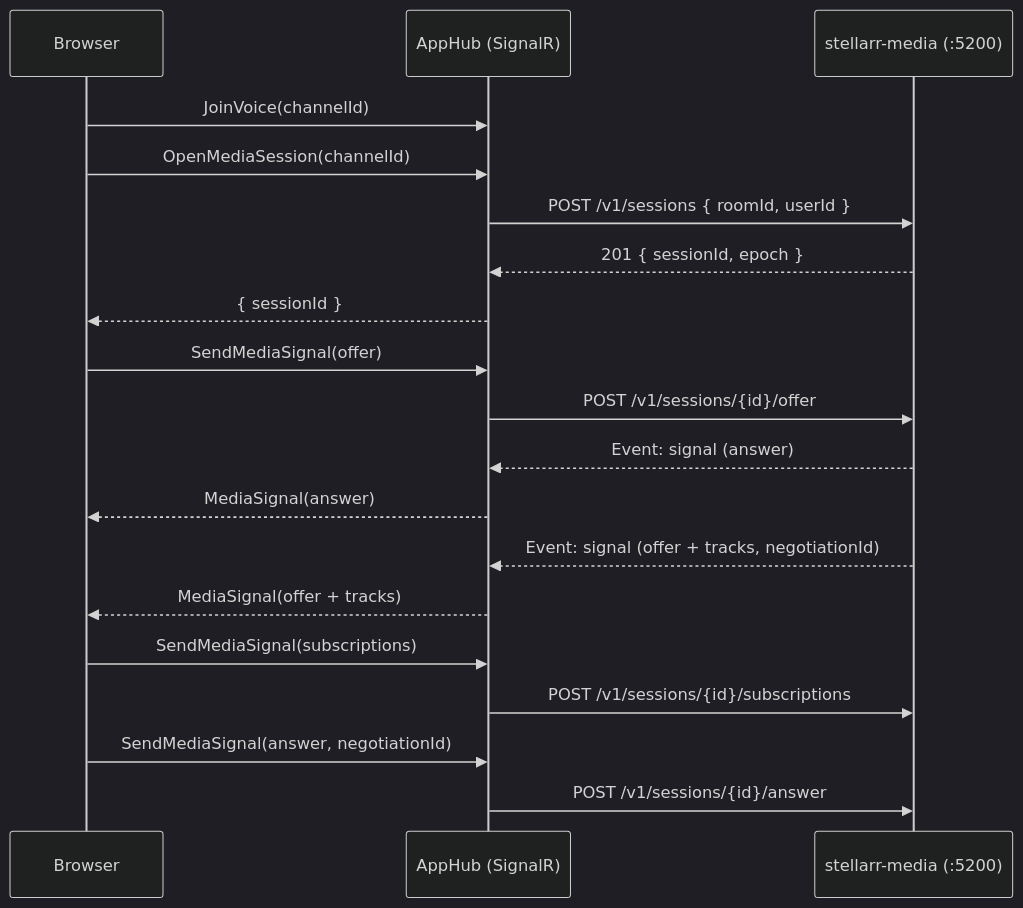
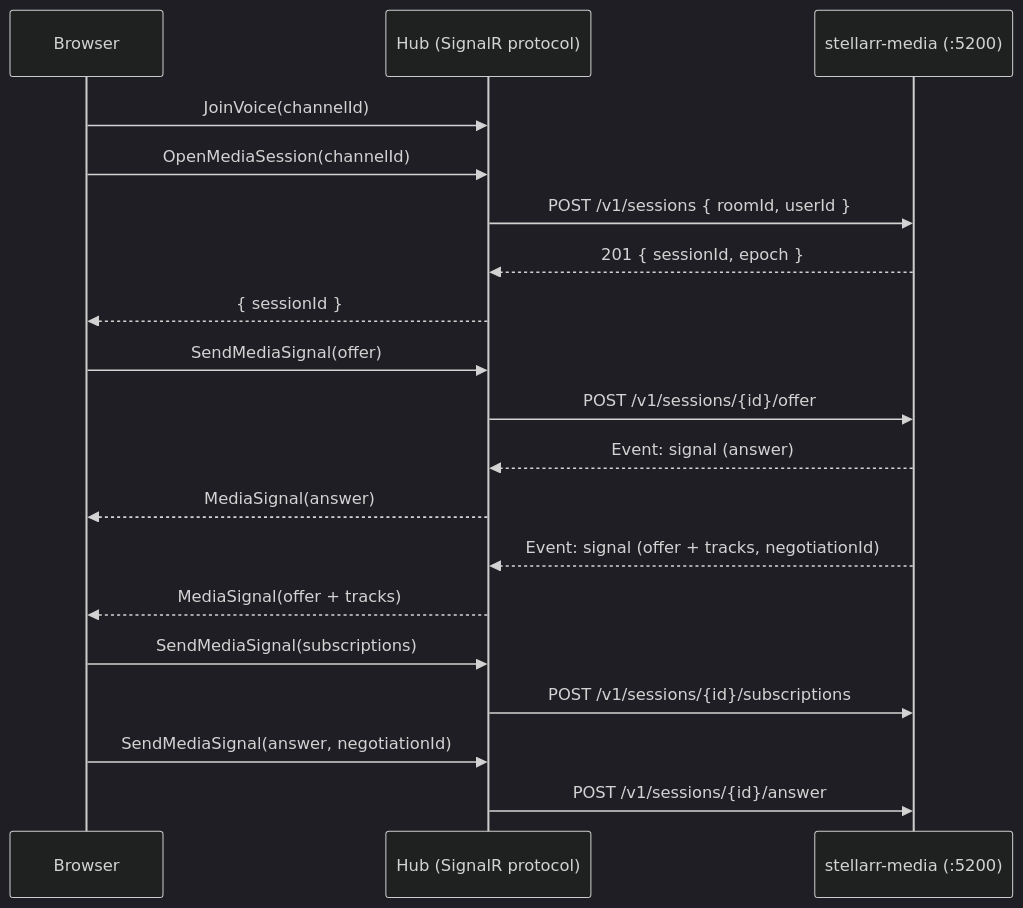
The second of 2 diagrams in docs/stellarr-media.md (Arkazzae/Stellar), drawn with Mermaid (dark theme) before and after one commit. The commit also changed other lines of this file and 8 other files, not shown here.

````diff
--- a/docs/stellarr-media.md
+++ b/docs/stellarr-media.md
@@ -133,22 +133,22 @@
 ```mermaid
 sequenceDiagram
     participant B as Browser
-    participant H as AppHub (SignalR)
+    participant H as Hub (SignalR protocol)
     participant M as stellarr-media (:5200)
 
     B->>H: JoinVoice(channelId)
     B->>H: OpenMediaSession(channelId)
     H->>M: POST /v1/sessions { roomId, userId }
     M-->>H: 201 { sessionId, epoch }
     H-->>B: { sessionId }
     B->>H: SendMediaSignal(offer)
     H->>M: POST /v1/sessions/{id}/offer
     M-->>H: Event: signal (answer)
     H-->>B: MediaSignal(answer)
     M-->>H: Event: signal (offer + tracks, negotiationId)
     H-->>B: MediaSignal(offer + tracks)
     B->>H: SendMediaSignal(subscriptions)
     H->>M: POST /v1/sessions/{id}/subscriptions
     B->>H: SendMediaSignal(answer, negotiationId)
     H->>M: POST /v1/sessions/{id}/answer
 ```
````
